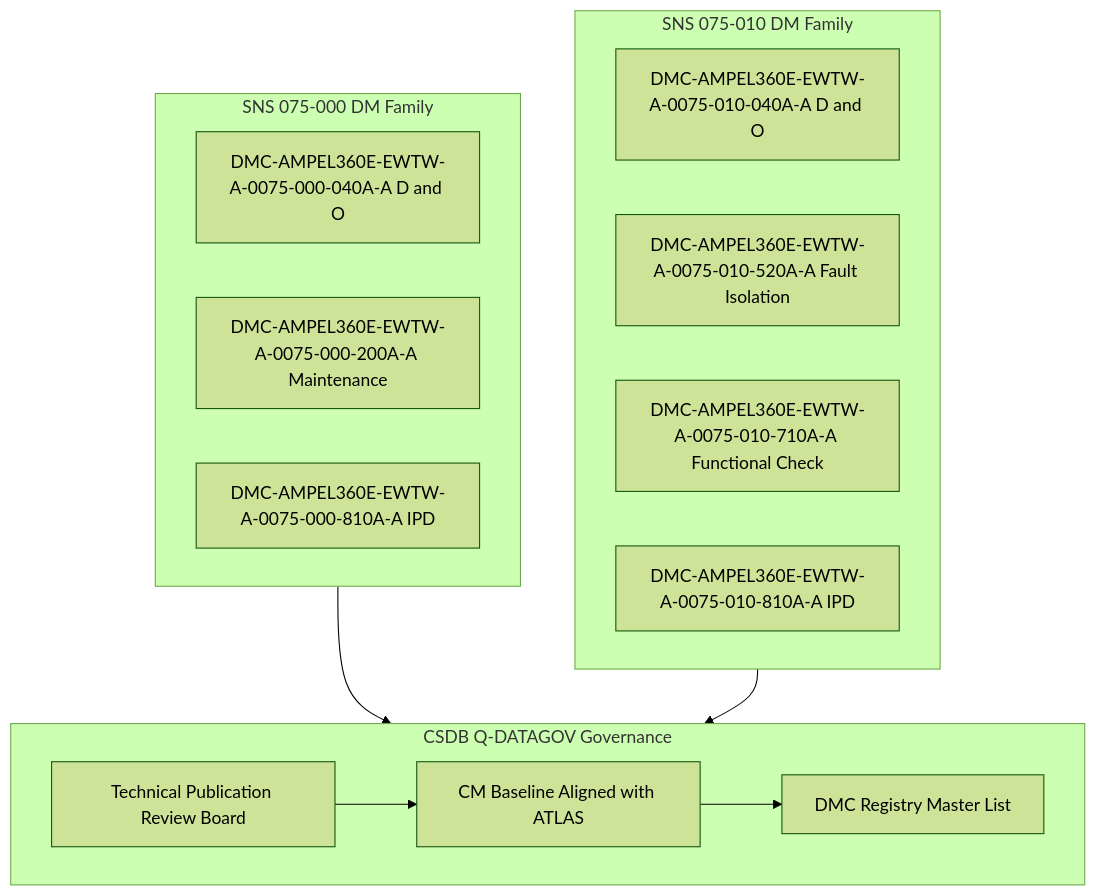
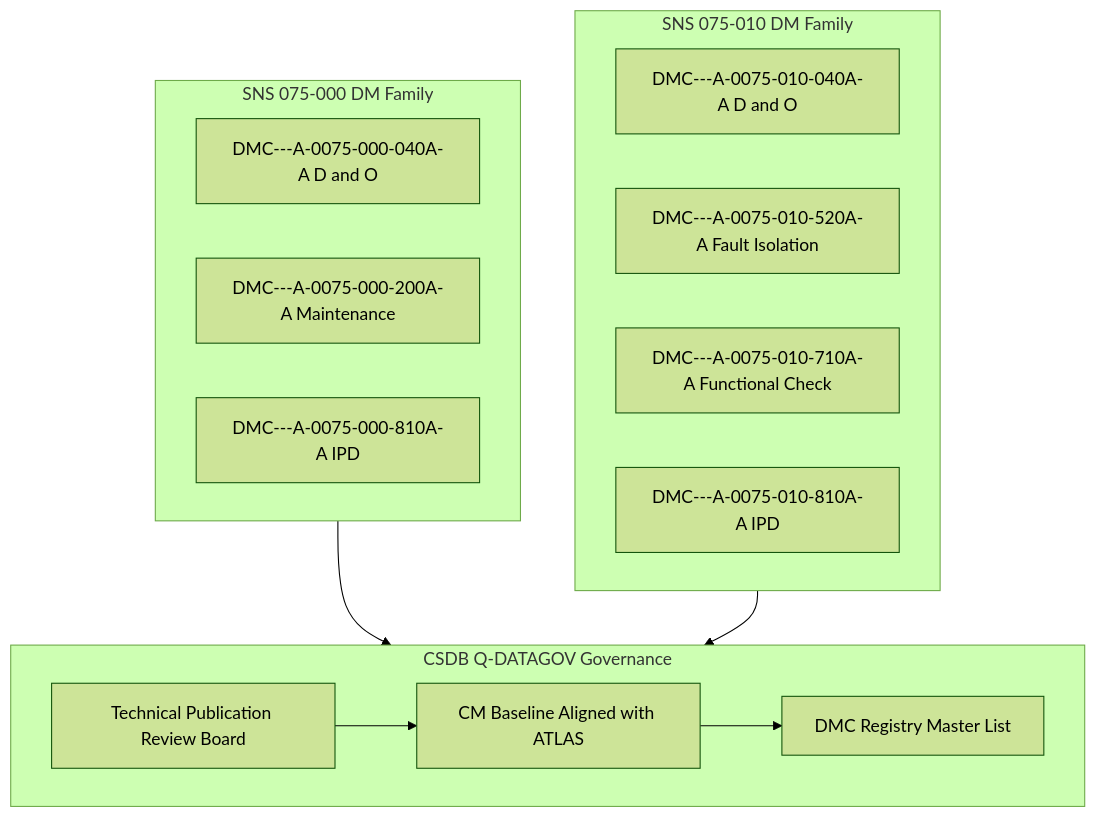
The second of 2 diagrams in Q+ATLANTIDE/000-099_ATLAS/070-079_Propulsion-Eco-Tech-e-Hibrido-Electrica/075_Fuel-Cell-Integration/075-090-S1000D-CSDB-Mapping-and-Traceability.md (AmedeoPelliccia/Qplus-For-All-Queer-People-and-Quantum), drawn with Mermaid (forest theme) before and after one commit. The commit also changed other lines of this file and 51 other files, not shown here.

First line of the commit message:
Generalize all 52 ATLAS S1000D-CSDB mapping files: remove AMPEL360E/eWTW/Programmes_example references, add scope: agnostic-standard, use generic DMC placeholders

````diff
--- a/Q+ATLANTIDE/000-099_ATLAS/070-079_Propulsion-Eco-Tech-e-Hibrido-Electrica/075_Fuel-Cell-Integration/075-090-S1000D-CSDB-Mapping-and-Traceability.md
+++ b/Q+ATLANTIDE/000-099_ATLAS/070-079_Propulsion-Eco-Tech-e-Hibrido-Electrica/075_Fuel-Cell-Integration/075-090-S1000D-CSDB-Mapping-and-Traceability.md
@@ -116,23 +116,23 @@
 ```mermaid
 flowchart TB
     subgraph DMC_FAMILY_000[SNS 075-000 DM Family]
-        DM_000_040[DMC-AMPEL360E-EWTW-A-0075-000-040A-A D and O]
-        DM_000_200[DMC-AMPEL360E-EWTW-A-0075-000-200A-A Maintenance]
-        DM_000_810[DMC-AMPEL360E-EWTW-A-0075-000-810A-A IPD]
+        DM_000_040[DMC-<MODEL>-<SYSTEMDIFF>-A-0075-000-040A-A D and O]
+        DM_000_200[DMC-<MODEL>-<SYSTEMDIFF>-A-0075-000-200A-A Maintenance]
+        DM_000_810[DMC-<MODEL>-<SYSTEMDIFF>-A-0075-000-810A-A IPD]
     end
     subgraph DMC_FAMILY_010[SNS 075-010 DM Family]
-        DM_010_040[DMC-AMPEL360E-EWTW-A-0075-010-040A-A D and O]
-        DM_010_520[DMC-AMPEL360E-EWTW-A-0075-010-520A-A Fault Isolation]
-        DM_010_710[DMC-AMPEL360E-EWTW-A-0075-010-710A-A Functional Check]
-        DM_010_810[DMC-AMPEL360E-EWTW-A-0075-010-810A-A IPD]
+        DM_010_040[DMC-<MODEL>-<SYSTEMDIFF>-A-0075-010-040A-A D and O]
+        DM_010_520[DMC-<MODEL>-<SYSTEMDIFF>-A-0075-010-520A-A Fault Isolation]
+        DM_010_710[DMC-<MODEL>-<SYSTEMDIFF>-A-0075-010-710A-A Functional Check]
+        DM_010_810[DMC-<MODEL>-<SYSTEMDIFF>-A-0075-010-810A-A IPD]
     end
     subgraph CSDB_CTRL[CSDB Q-DATAGOV Governance]
         TPRB[Technical Publication Review Board]
         CM_BASELINE[CM Baseline Aligned with ATLAS]
         DMC_REG[DMC Registry Master List]
         TPRB --> CM_BASELINE
         CM_BASELINE --> DMC_REG
     end
     DMC_FAMILY_000 --> CSDB_CTRL
     DMC_FAMILY_010 --> CSDB_CTRL
 ```
````
